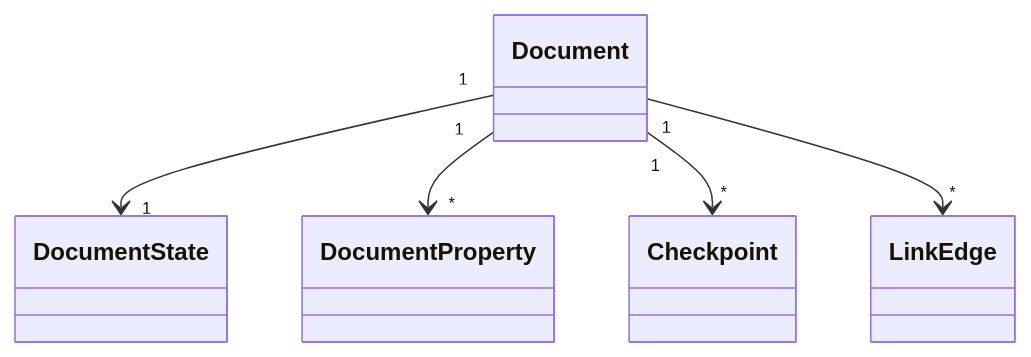
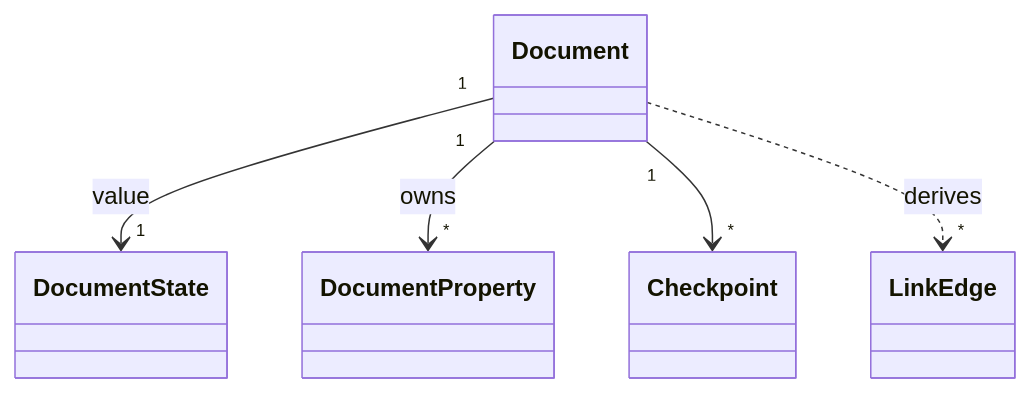
One commit to nerdchanii/realtime-markdown-editor changed the diagram in docs/domain/models/document.md. Above: the diagram before and after it, drawn with Mermaid. The commit also changed other lines of this file and 12 other files, not shown here.

````diff
--- a/docs/domain/models/document.md
+++ b/docs/domain/models/document.md
@@ -28,7 +30,7 @@
 ```mermaid
 classDiagram
-  Document "1" --> "1" DocumentState
-  Document "1" --> "*" DocumentProperty
+  Document "1" --> "1" DocumentState : value
+  Document "1" --> "*" DocumentProperty : owns
   Document "1" --> "*" Checkpoint
-  Document "1" --> "*" LinkEdge
+  Document ..> "*" LinkEdge : derives
 ```
````
